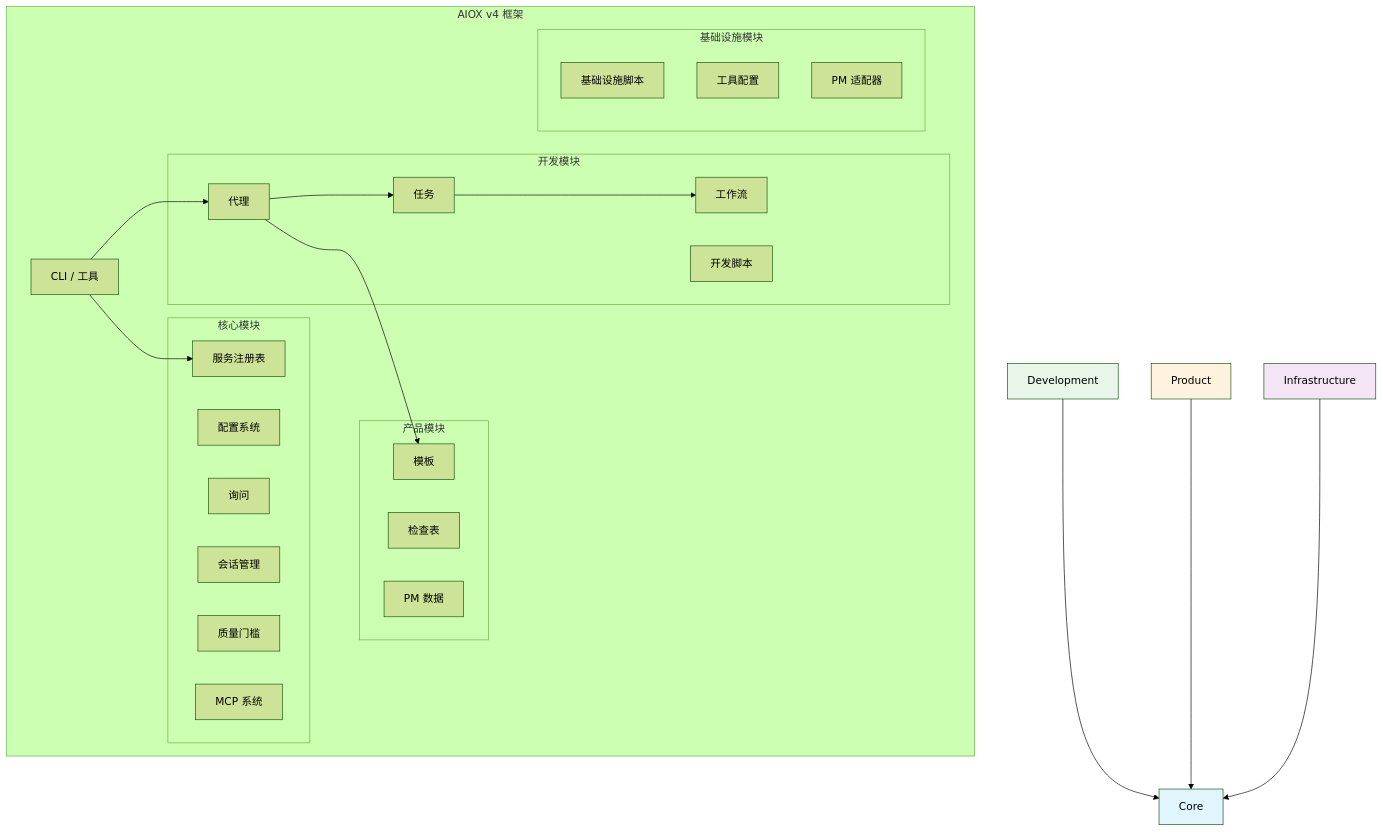
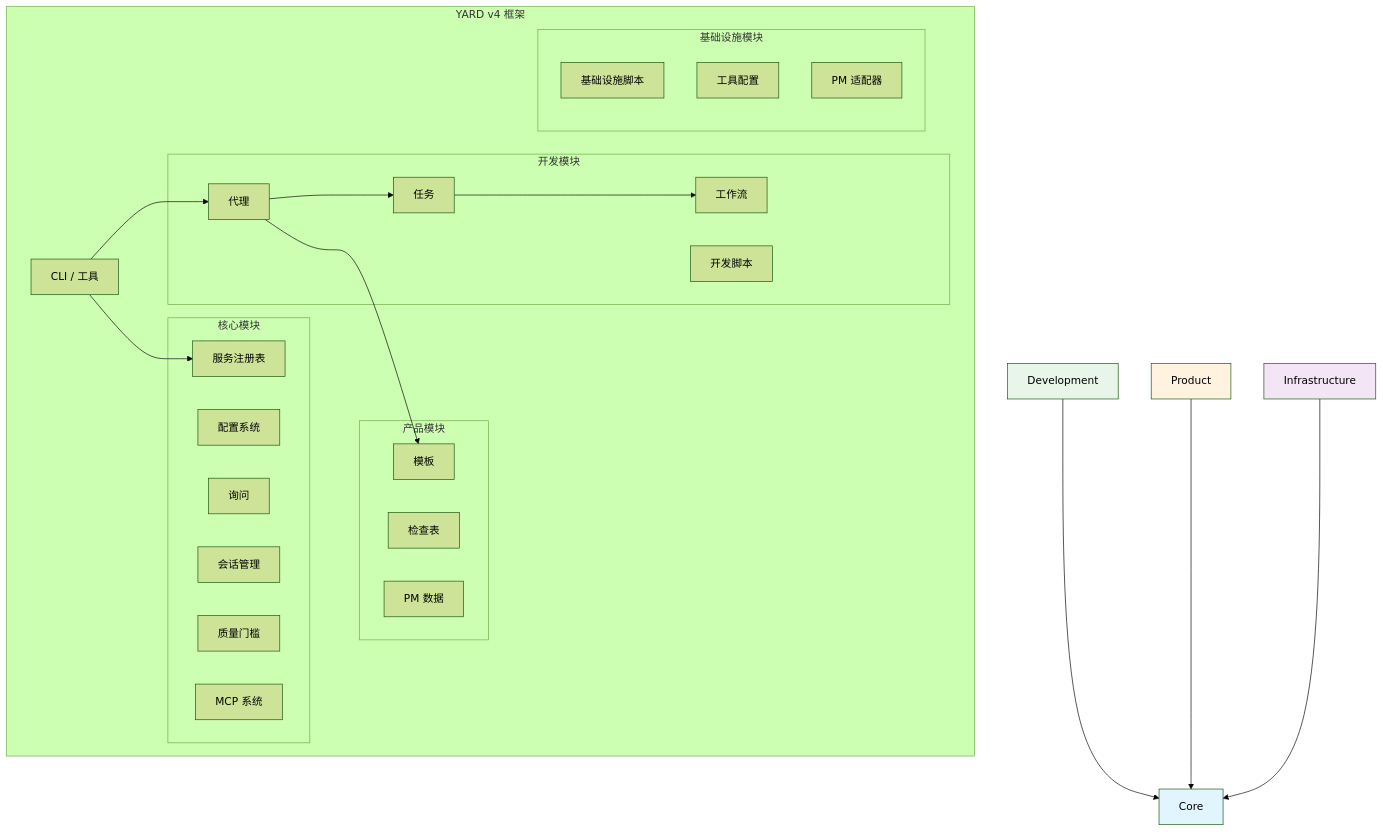
The first of 2 diagrams in docs/zh/architecture/module-system.md (ernesto-langa/yard-core), drawn with Mermaid (forest theme) before and after one commit. The commit also changed other lines of this file and 529 other files, not shown here.

````diff
--- a/docs/zh/architecture/module-system.md
+++ b/docs/zh/architecture/module-system.md
@@ -54,48 +54,48 @@
 ```mermaid
 graph TB
-    subgraph "AIOX v4 框架"
+    subgraph "YARD v4 框架"
         CLI[CLI / 工具]
 
         subgraph "产品模块"
             Templates[模板]
             Checklists[检查表]
             Data[PM 数据]
         end
 
         subgraph "开发模块"
             Agents[代理]
             Tasks[任务]
             Workflows[工作流]
             Scripts[开发脚本]
         end
 
         subgraph "核心模块"
             Registry[服务注册表]
             Config[配置系统]
             Elicit[询问]
             Session[会话管理]
             QG[质量门槛]
             MCP[MCP 系统]
         end
 
         subgraph "基础设施模块"
             InfraScripts[基础设施脚本]
             Tools[工具配置]
             PM[PM 适配器]
         end
     end
 
     CLI --> Agents
     CLI --> Registry
     Agents --> Tasks
     Agents --> Templates
     Tasks --> Workflows
     Development --> Core
     Product --> Core
     Infrastructure --> Core
 
     style Core fill:#e1f5fe
     style Development fill:#e8f5e9
     style Product fill:#fff3e0
     style Infrastructure fill:#f3e5f5
 ```
````
